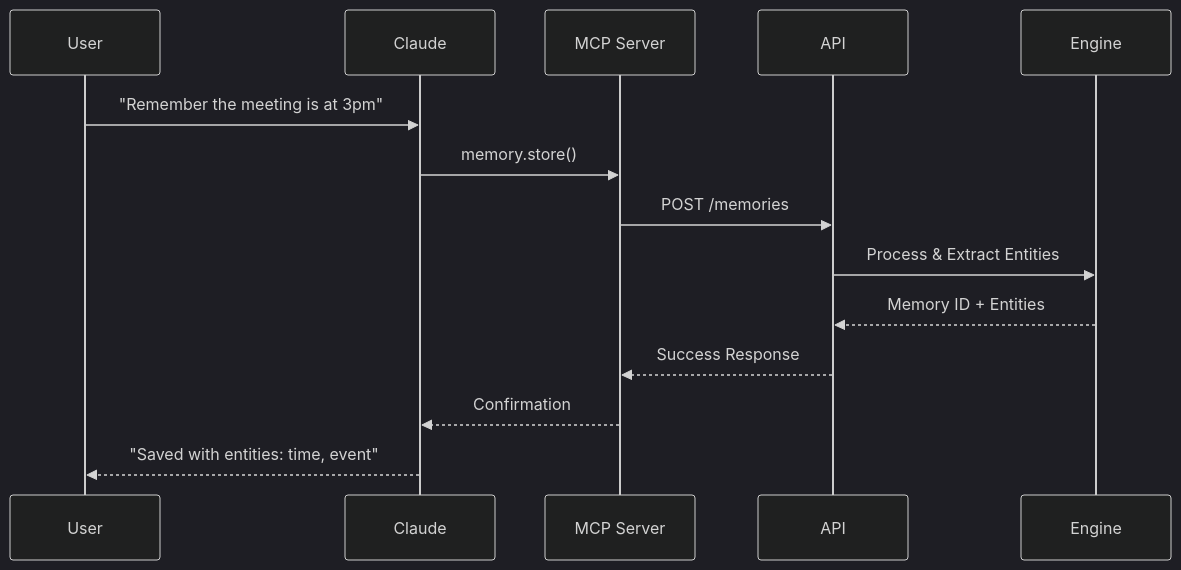
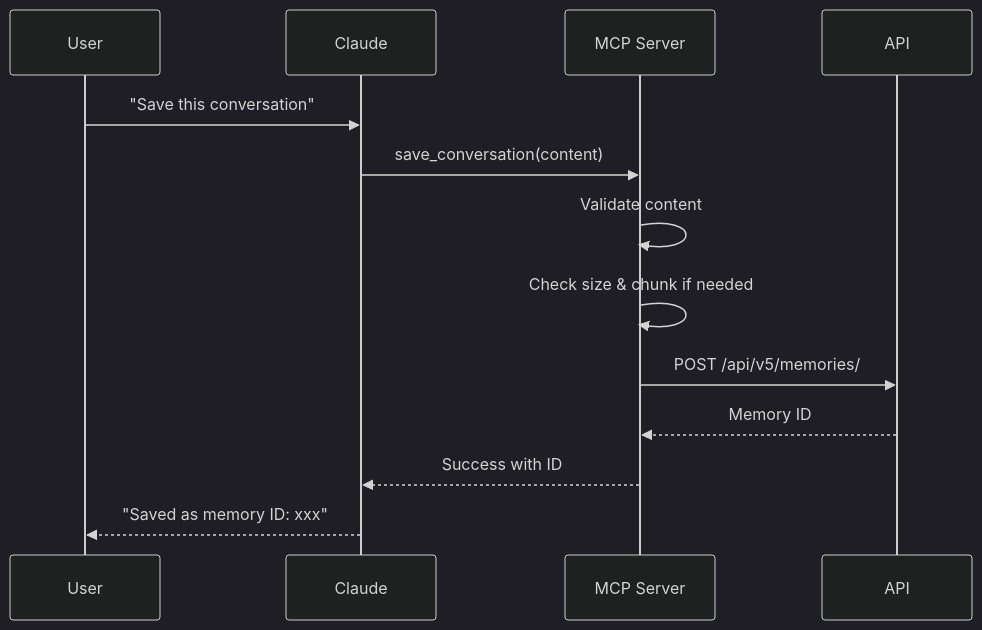
One commit to coladapo/purmemo-mcp changed the first of 2 diagrams in docs/ARCHITECTURE.md. Above: the diagram before and after it, drawn with Mermaid (dark theme). The commit also changed other lines of this file and 34 other files, not shown here.

````diff
--- a/docs/ARCHITECTURE.md
+++ b/docs/ARCHITECTURE.md
@@ -145,17 +140,16 @@
 ```mermaid
 sequenceDiagram
     participant User
     participant Claude
     participant MCP Server
     participant API
-    participant Engine
     
-    User->>Claude: "Remember the meeting is at 3pm"
-    Claude->>MCP Server: memory.store()
-    MCP Server->>API: POST /memories
-    API->>Engine: Process & Extract Entities
-    Engine-->>API: Memory ID + Entities
-    API-->>MCP Server: Success Response
-    MCP Server-->>Claude: Confirmation
-    Claude-->>User: "Saved with entities: time, event"
+    User->>Claude: "Save this conversation"
+    Claude->>MCP Server: save_conversation(content)
+    MCP Server->>MCP Server: Validate content
+    MCP Server->>MCP Server: Check size & chunk if needed
+    MCP Server->>API: POST /api/v5/memories/
+    API-->>MCP Server: Memory ID
+    MCP Server-->>Claude: Success with ID
+    Claude-->>User: "Saved as memory ID: xxx"
 ```
````
